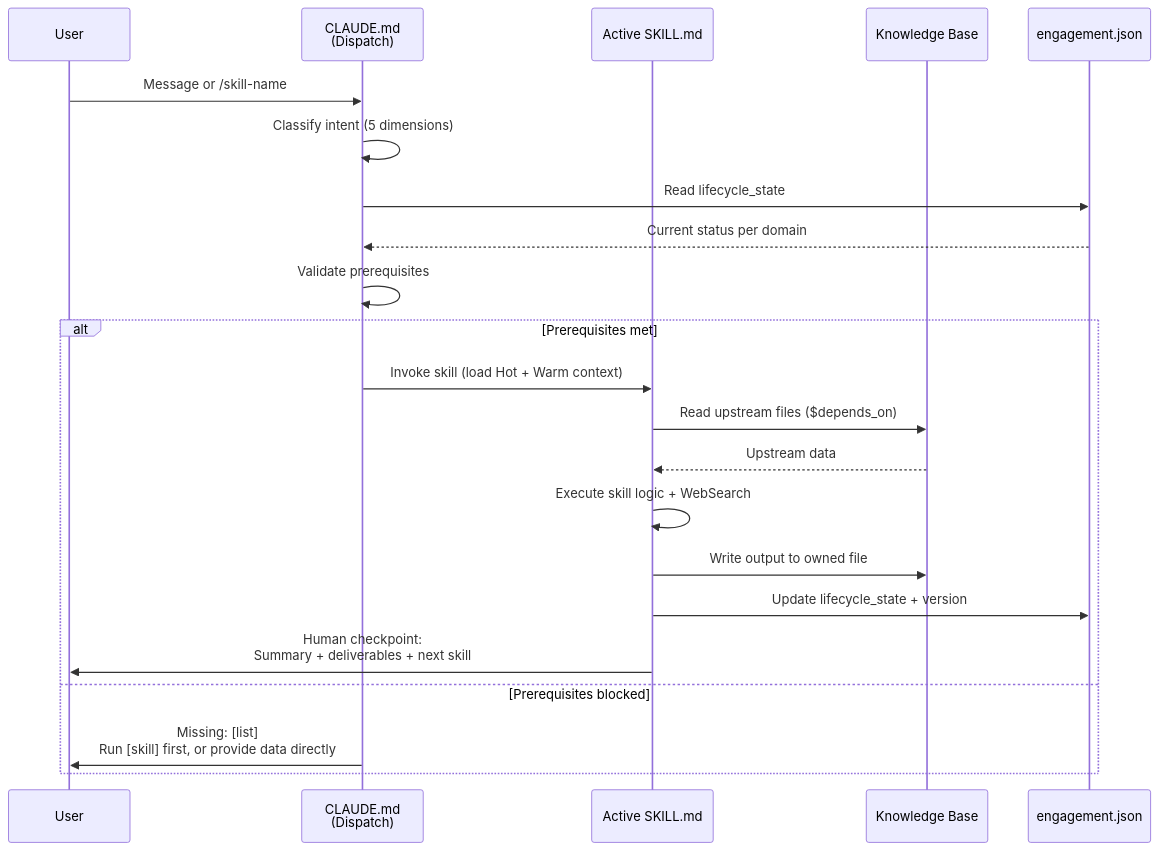
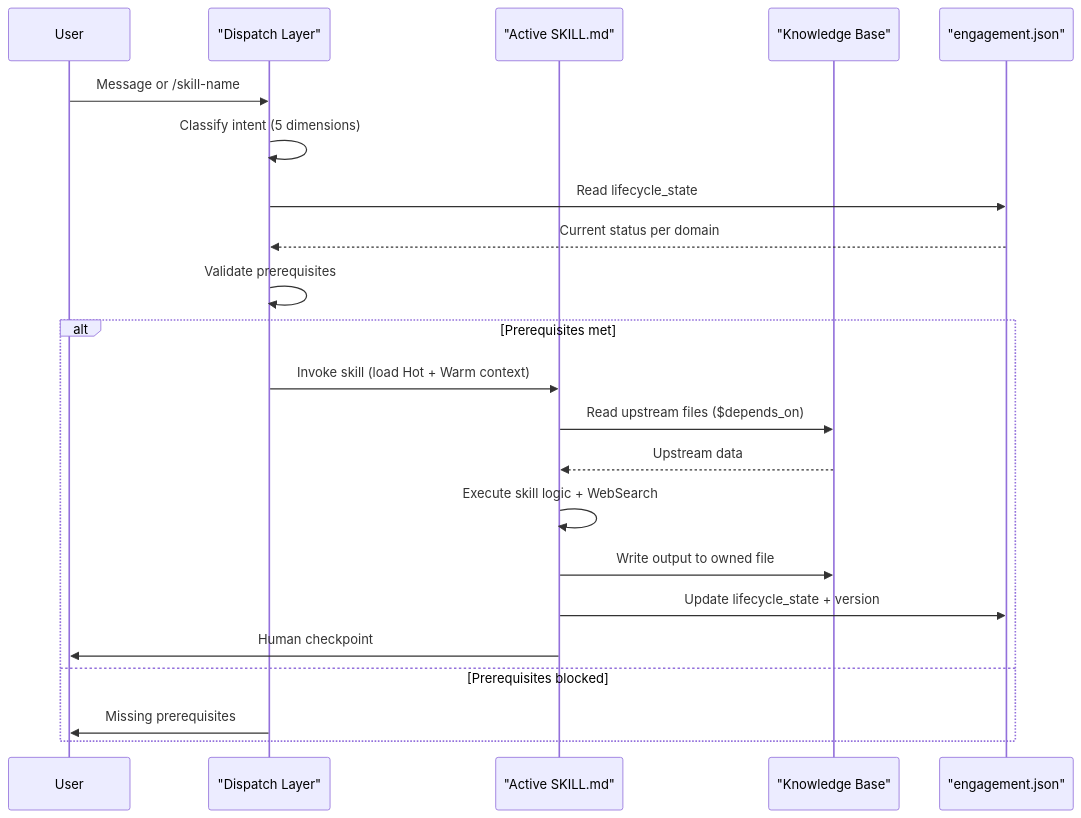
The second of 5 diagrams in ARCHITECTURE.md (Modular-Earth-LLC/solutions-architecture-agent), drawn with Mermaid before and after one commit. The commit also changed other lines of this file, not shown here.

Commit message:
fix(architecture): quote Mermaid labels per quality rules, fix phase-skip and integration-plan docs

````diff
--- a/ARCHITECTURE.md
+++ b/ARCHITECTURE.md
@@ -74,25 +74,25 @@
 ```mermaid
 sequenceDiagram
     participant U as User
-    participant C as CLAUDE.md<br/>(Dispatch)
-    participant S as Active SKILL.md
-    participant KB as Knowledge Base
-    participant E as engagement.json
+    participant C as "Dispatch Layer"
+    participant S as "Active SKILL.md"
+    participant KB as "Knowledge Base"
+    participant E as "engagement.json"
 
     U->>C: Message or /skill-name
     C->>C: Classify intent (5 dimensions)
     C->>E: Read lifecycle_state
     E-->>C: Current status per domain
     C->>C: Validate prerequisites
     alt Prerequisites met
         C->>S: Invoke skill (load Hot + Warm context)
         S->>KB: Read upstream files ($depends_on)
         KB-->>S: Upstream data
         S->>S: Execute skill logic + WebSearch
         S->>KB: Write output to owned file
         S->>E: Update lifecycle_state + version
-        S->>U: Human checkpoint:<br/>Summary + deliverables + next skill
+        S->>U: Human checkpoint
     else Prerequisites blocked
-        C->>U: Missing: [list]<br/>Run [skill] first, or provide data directly
+        C->>U: Missing prerequisites
     end
 ```
````
